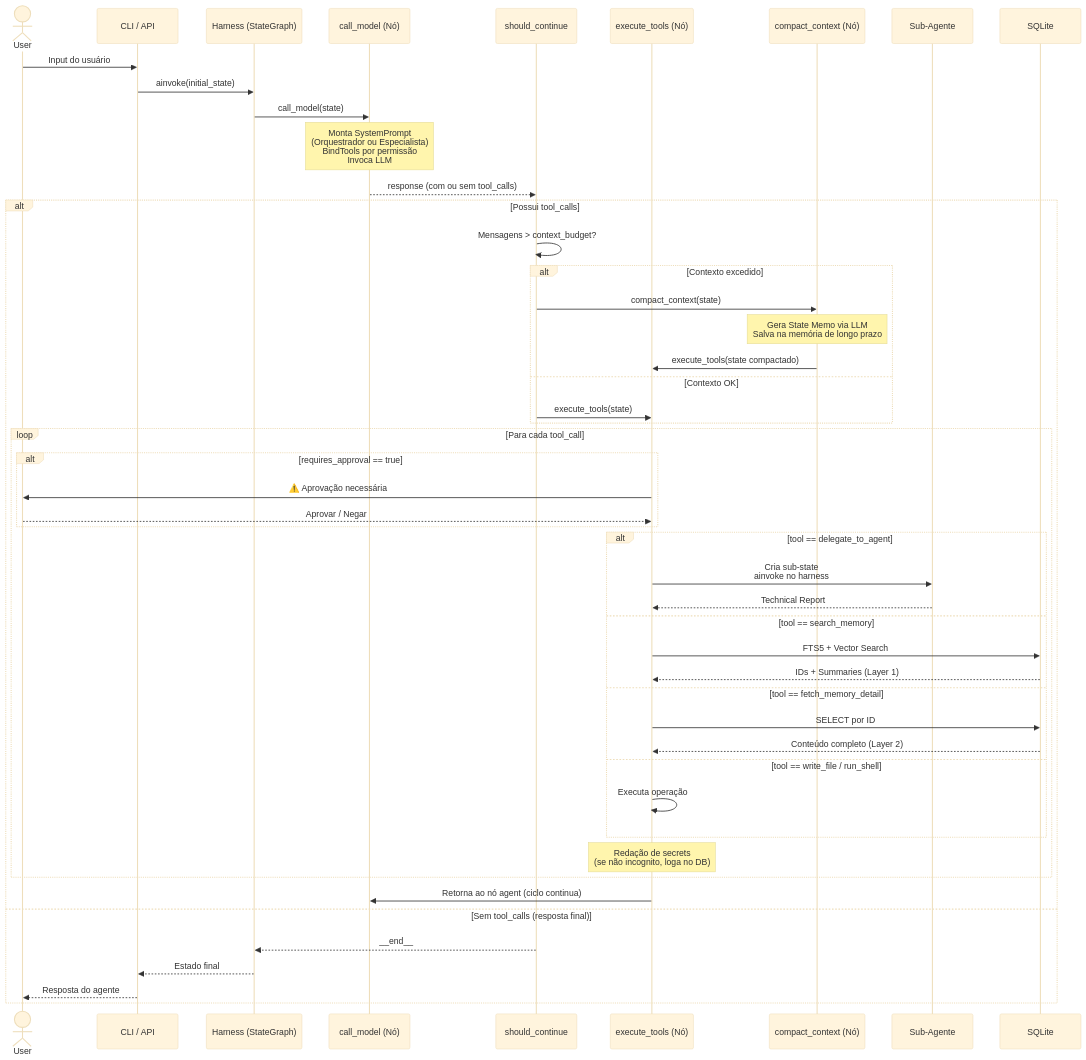
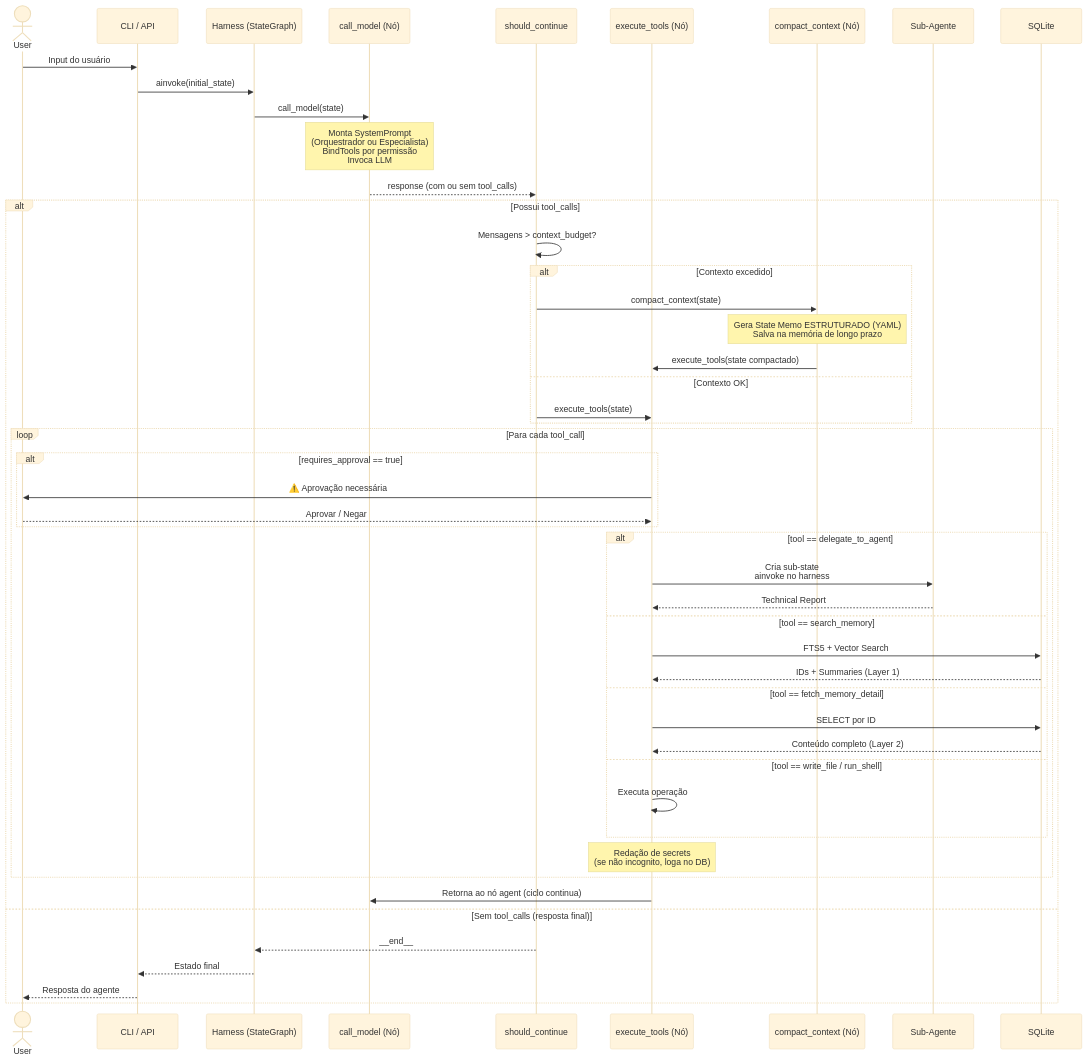
The second of 7 diagrams in ARCH.md (KlebersonCollab/k-claw), drawn with Mermaid (base theme) before and after one commit. The commit also changed other lines of this file and 6 other files, not shown here.

````diff
--- a/ARCH.md
+++ b/ARCH.md
@@ -88,60 +91,60 @@
 ```mermaid
 sequenceDiagram
     actor User
     participant CLI as CLI / API
     participant H as Harness (StateGraph)
     participant Agent as call_model (Nó)
     participant SC as should_continue
     participant Tools as execute_tools (Nó)
     participant Compact as compact_context (Nó)
     participant SubAgent as Sub-Agente
     participant DB as SQLite
 
     User->>CLI: Input do usuário
     CLI->>H: ainvoke(initial_state)
     H->>Agent: call_model(state)
 
     Note over Agent: Monta SystemPrompt<br/>(Orquestrador ou Especialista)<br/>BindTools por permissão<br/>Invoca LLM
 
     Agent-->>SC: response (com ou sem tool_calls)
 
     alt Possui tool_calls
         SC->>SC: Mensagens > context_budget?
 
         alt Contexto excedido
             SC->>Compact: compact_context(state)
-            Note over Compact: Gera State Memo via LLM<br/>Salva na memória de longo prazo
+            Note over Compact: Gera State Memo ESTRUTURADO (YAML)<br/>Salva na memória de longo prazo
             Compact->>Tools: execute_tools(state compactado)
         else Contexto OK
             SC->>Tools: execute_tools(state)
         end
 
         loop Para cada tool_call
             alt requires_approval == true
                 Tools->>User: ⚠️ Aprovação necessária
                 User-->>Tools: Aprovar / Negar
             end
 
             alt tool == delegate_to_agent
                 Tools->>SubAgent: Cria sub-state<br/>ainvoke no harness
                 SubAgent-->>Tools: Technical Report
             else tool == search_memory
                 Tools->>DB: FTS5 + Vector Search
                 DB-->>Tools: IDs + Summaries (Layer 1)
             else tool == fetch_memory_detail
                 Tools->>DB: SELECT por ID
                 DB-->>Tools: Conteúdo completo (Layer 2)
             else tool == write_file / run_shell
                 Tools->>Tools: Executa operação
             end
 
             Note over Tools: Redação de secrets<br/>(se não incognito, loga no DB)
         end
 
         Tools->>Agent: Retorna ao nó agent (ciclo continua)
     else Sem tool_calls (resposta final)
         SC-->>H: __end__
         H-->>CLI: Estado final
         CLI-->>User: Resposta do agente
     end
 ```
````
